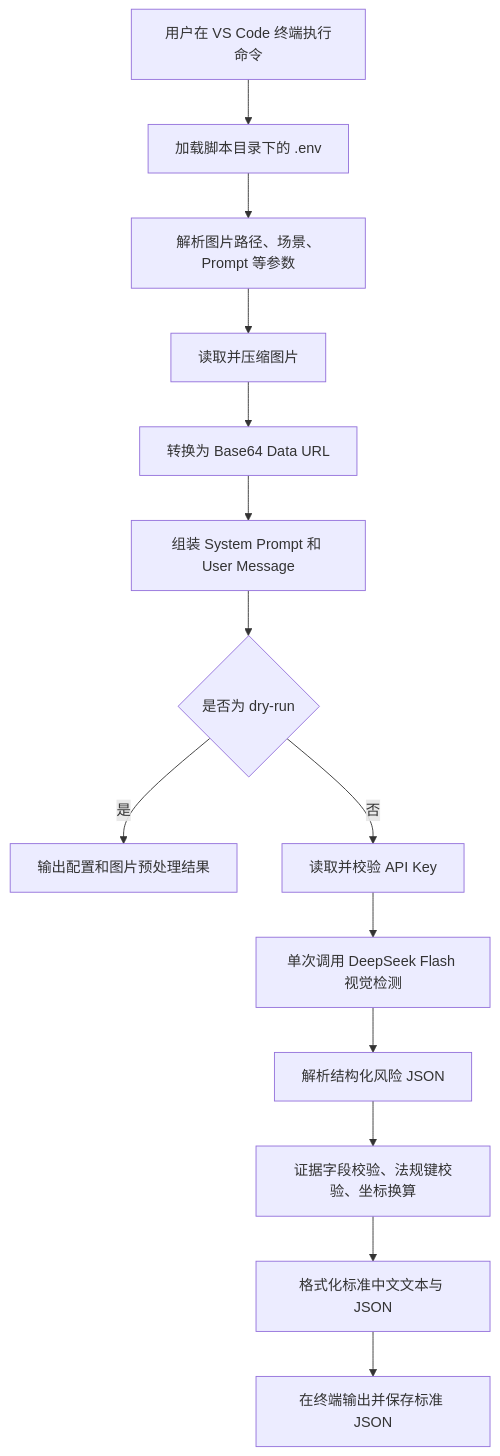
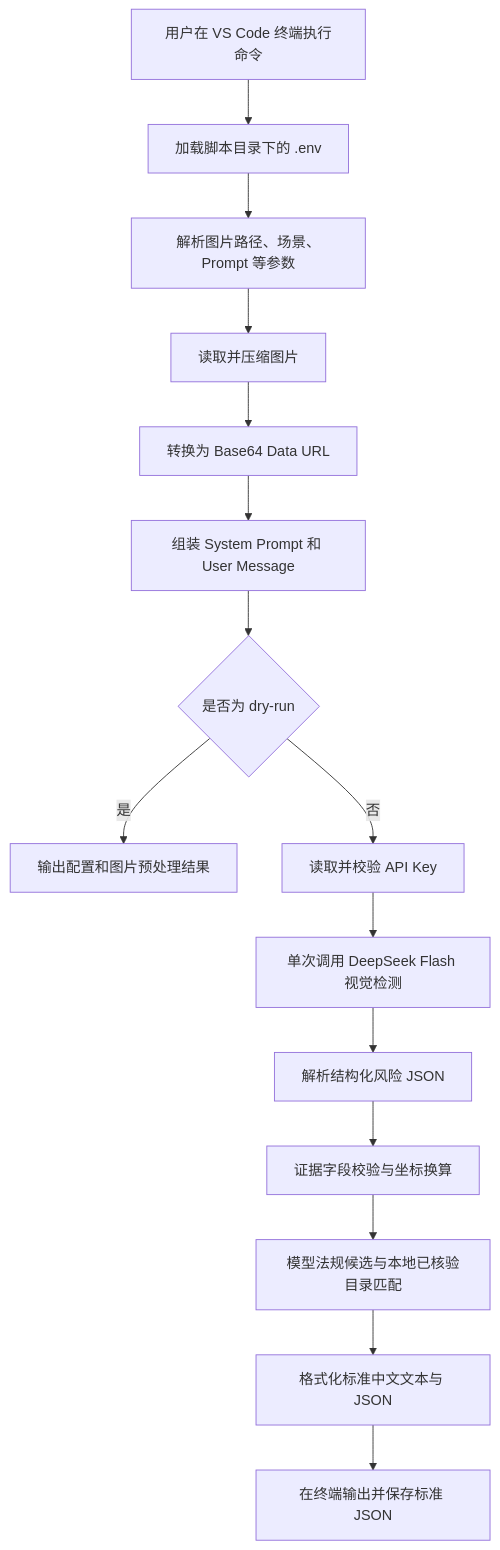
Before and after one commit to safe-checker/safe-checker-v2-flash: the diagram in 代码流程说明文档.md, drawn with Mermaid. The commit also changed other lines of this file and 6 other files, not shown here.

````diff
--- a/代码流程说明文档.md
+++ b/代码流程说明文档.md
@@ -48,16 +48,17 @@
 ```mermaid
 flowchart TD
     A["用户在 VS Code 终端执行命令"] --> B["加载脚本目录下的 .env"]
     B --> C["解析图片路径、场景、Prompt 等参数"]
     C --> D["读取并压缩图片"]
     D --> E["转换为 Base64 Data URL"]
     E --> F["组装 System Prompt 和 User Message"]
     F --> G{"是否为 dry-run"}
     G -->|是| H["输出配置和图片预处理结果"]
     G -->|否| I["读取并校验 API Key"]
     I --> J["单次调用 DeepSeek Flash 视觉检测"]
     J --> K["解析结构化风险 JSON"]
-    K --> L["证据字段校验、法规键校验、坐标换算"]
-    L --> M["格式化标准中文文本与 JSON"]
+    K --> L["证据字段校验与坐标换算"]
+    L --> R["模型法规候选与本地已核验目录匹配"]
+    R --> M["格式化标准中文文本与 JSON"]
     M --> N["在终端输出并保存标准 JSON"]
 ```
````
